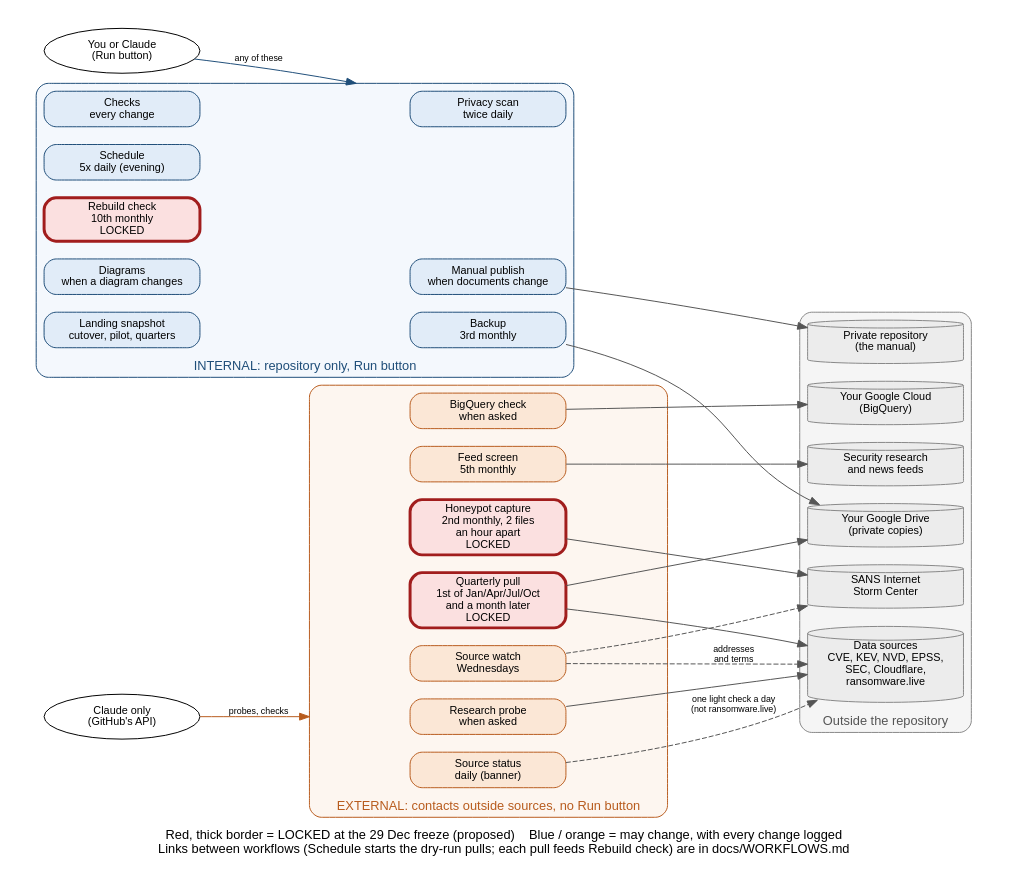
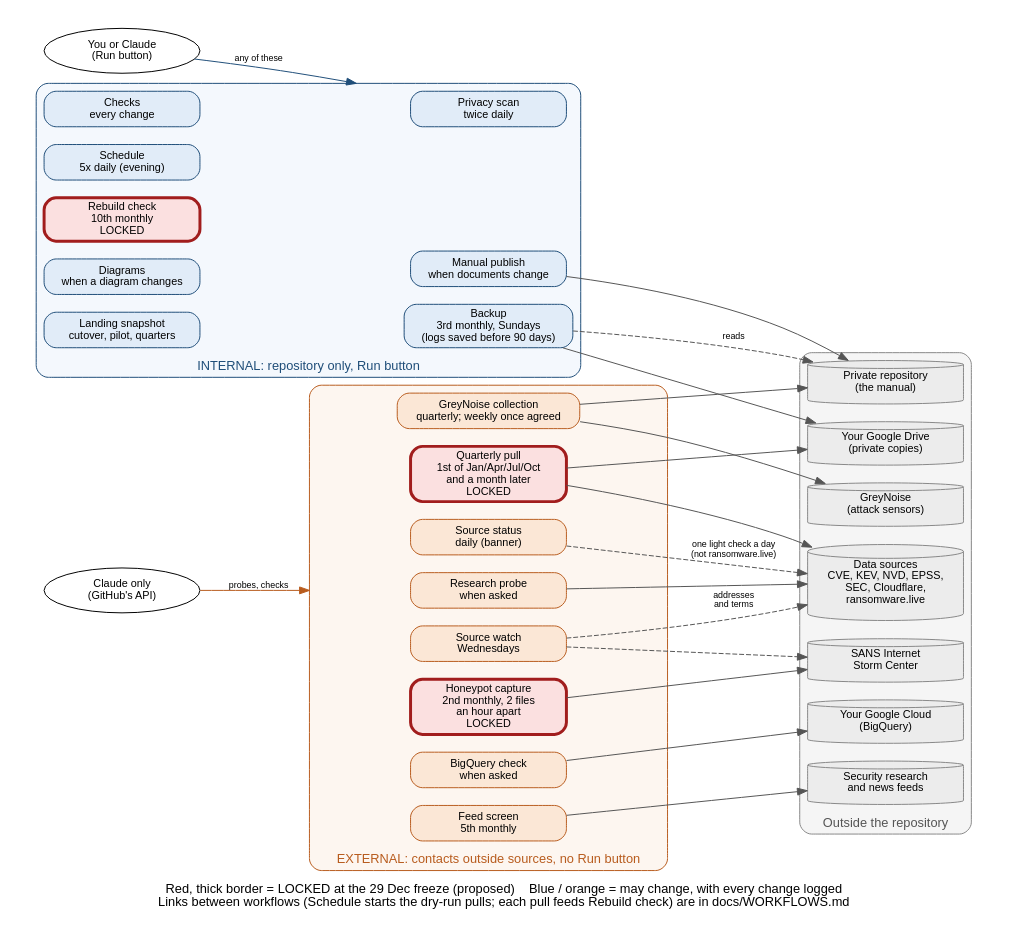
The diagram in docs/diagrams/workflow_runs.dot (pagagne/internet-security-snapshot), drawn with Graphviz before and after one commit. The commit also changed 14 other files, not shown here.

First line of the commit message:
GreyNoise collection workflow (X28, option B: quarterly detection dates and lookups; weekly sweep gated by GREYNOISE_WEEKLY until GreyNoise agrees); Backup saves run logs at 75 days and copies any missing pull bundle before GitHub's 90-day deletion

```diff
--- a/docs/diagrams/workflow_runs.dot
+++ b/docs/diagrams/workflow_runs.dot
@@ -1,57 +1,59 @@
 // Workflows: internal (Run button) vs external (API only, no button), and the proposed lock at
 // the 29 Dec 2026 freeze (decision item 22: draft lock list 14 Dec, author's review 18 Dec,
 // decided 21 Dec). Source of truth: docs/WORKFLOWS.md and docs/SOP_MANUAL_RUNS.md.
 // Render: dot -Tpng -Gdpi=150 docs/diagrams/workflow_runs.dot -o docs/diagrams/workflow_runs.png
 digraph workflows {
   graph [rankdir=LR, fontname="Helvetica", fontsize=13, nodesep=0.25, ranksep=0.7, newrank=true, compound=true, pad=0.3,
          label="Red, thick border = LOCKED at the 29 Dec freeze (proposed)    Blue / orange = may change, with every change logged\nLinks between workflows (Schedule starts the dry-run pulls; each pull feeds Rebuild check) are in docs/WORKFLOWS.md",
          labelloc=b];
   node  [fontname="Helvetica", fontsize=11, shape=box, style="rounded,filled", width=2.2];
   edge  [fontname="Helvetica", fontsize=9, color="#555555"];
 
   you    [label="You or Claude\n(Run button)", shape=oval, fillcolor="#ffffff"];
   claude [label="Claude only\n(GitHub's API)", shape=oval, fillcolor="#ffffff"];
 
   subgraph cluster_int {
     label="INTERNAL: repository only, Run button"; style="rounded,filled"; fillcolor="#f4f8fd"; color="#1f4e79"; fontcolor="#1f4e79";
     node [fillcolor="#e1ecf8", color="#1f4e79"];
     checks  [label="Checks\nevery change"];
     privacy [label="Privacy scan\ntwice daily"];
     sched   [label="Schedule\n5x daily (evening)"];
     rebuild [label="Rebuild check\n10th monthly\nLOCKED", fillcolor="#fbe0e0", color="#a11d1d", penwidth=3];
     diag    [label="Diagrams\nwhen a diagram changes"];
-    backup  [label="Backup\n3rd monthly"];
+    backup  [label="Backup\n3rd monthly, Sundays\n(logs saved before 90 days)"];
     manual  [label="Manual publish\nwhen documents change"];
     landing [label="Landing snapshot\ncutover, pilot, quarters"];
   }
 
   subgraph cluster_ext {
     label="EXTERNAL: contacts outside sources, no Run button"; style="rounded,filled"; fillcolor="#fdf6f0"; color="#b85c1e"; fontcolor="#b85c1e";
     node [fillcolor="#fbe7d6", color="#b85c1e"];
     pull  [label="Quarterly pull\n1st of Jan/Apr/Jul/Oct\nand a month later\nLOCKED", fillcolor="#fbe0e0", color="#a11d1d", penwidth=3];
     honey [label="Honeypot capture\n2nd monthly, 2 files\nan hour apart\nLOCKED", fillcolor="#fbe0e0", color="#a11d1d", penwidth=3];
     probe [label="Research probe\nwhen asked"];
+    gn    [label="GreyNoise collection\nquarterly; weekly once agreed"];
     bq    [label="BigQuery check\nwhen asked"];
     feeds [label="Feed screen\n5th monthly"];
     watch [label="Source watch\nWednesdays"];
     status [label="Source status\ndaily (banner)"];
   }
 
   subgraph cluster_out {
     label="Outside the repository"; style="rounded,filled"; fillcolor="#f5f5f5"; color="#888888"; fontcolor="#555555";
     node [shape=cylinder, fillcolor="#ececec", color="#888888", style=filled];
     sources [label="Data sources\nCVE, KEV, NVD, EPSS,\nSEC, Cloudflare,\nransomware.live"];
     sans    [label="SANS Internet\nStorm Center"];
     gcp     [label="Your Google Cloud\n(BigQuery)"];
     drive   [label="Your Google Drive\n(private copies)"];
     news    [label="Security research\nand news feeds"];
+    greynoise [label="GreyNoise\n(attack sensors)"];
     private [label="Private repository\n(the manual)"];
   }
 
   // one column each: who starts it | the workflows | what they reach
   { rank=same; you; claude; }
-    { rank=same; sources; sans; gcp; drive; news; private; }
+    { rank=same; sources; sans; gcp; drive; news; greynoise; private; }
   you -> privacy [lhead=cluster_int, color="#1f4e79", label="any of these"];
   claude -> probe [lhead=cluster_ext, color="#b85c1e", label="probes, checks"];
-  pull -> sources; pull -> drive; probe -> sources; honey -> sans; bq -> gcp; backup -> drive; feeds -> news; watch -> sources [style=dashed, label="addresses\nand terms"]; watch -> sans [style=dashed]; status -> sources [style=dashed, label="one light check a day\n(not ransomware.live)"]; manual -> private;
+  pull -> sources; pull -> drive; probe -> sources; honey -> sans; bq -> gcp; backup -> drive; feeds -> news; watch -> sources [style=dashed, label="addresses\nand terms"]; watch -> sans [style=dashed]; status -> sources [style=dashed, label="one light check a day\n(not ransomware.live)"]; manual -> private; gn -> greynoise; gn -> private; backup -> private [style=dashed, label="reads"];
 }
```
